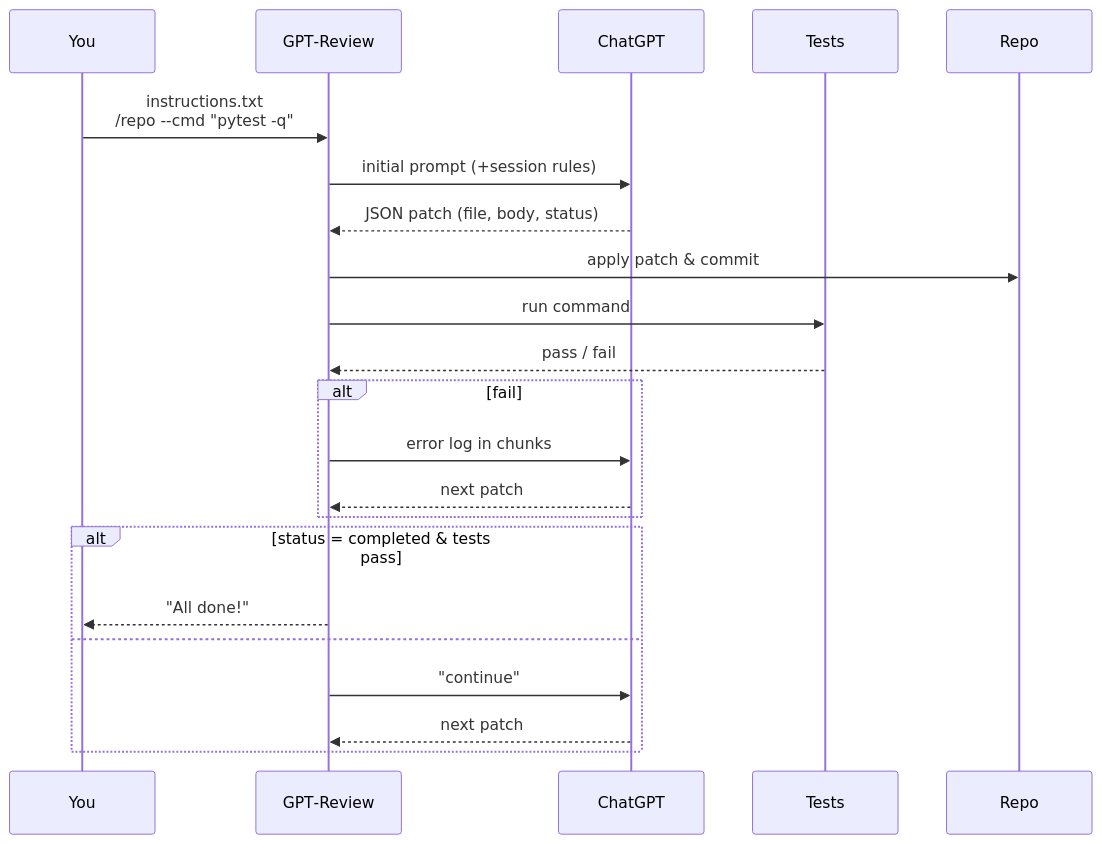
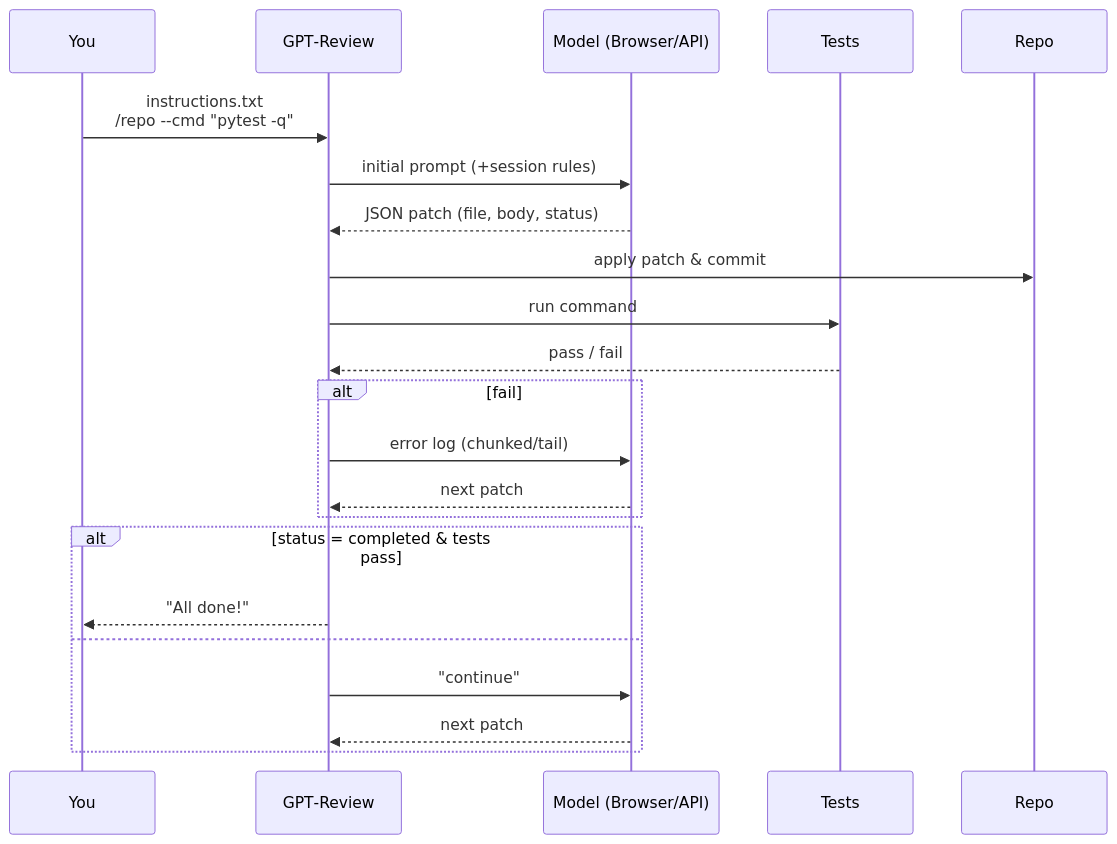
Before and after one commit to bekirdag/gpt_review: the diagram in README.md, drawn with Mermaid. The commit also changed other lines of this file and 4 other files, not shown here.

````diff
--- a/README.md
+++ b/README.md
@@ -56,24 +64,24 @@
 ```mermaid
 sequenceDiagram
     participant You
     participant GPT‑Review
-    participant ChatGPT
+    participant Model as Model (Browser/API)
     participant Tests
 
     You->>GPT‑Review: instructions.txt<br>/repo --cmd "pytest -q"
-    GPT‑Review->>ChatGPT: initial prompt (+session rules)
-    ChatGPT-->>GPT‑Review: JSON patch (file, body, status)
+    GPT‑Review->>Model: initial prompt (+session rules)
+    Model-->>GPT‑Review: JSON patch (file, body, status)
     GPT‑Review->>Repo: apply patch & commit
     GPT‑Review->>Tests: run command
     Tests-->>GPT‑Review: pass / fail
     alt fail
-        GPT‑Review->>ChatGPT: error log in chunks
-        ChatGPT-->>GPT‑Review: next patch
+        GPT‑Review->>Model: error log (chunked/tail)
+        Model-->>GPT‑Review: next patch
     end
     alt status = completed & tests pass
         GPT‑Review-->>You: "All done!"
     else
-        GPT‑Review->>ChatGPT: "continue"
-        ChatGPT-->>GPT‑Review: next patch
+        GPT‑Review->>Model: "continue"
+        Model-->>GPT‑Review: next patch
     end
 ```
````
